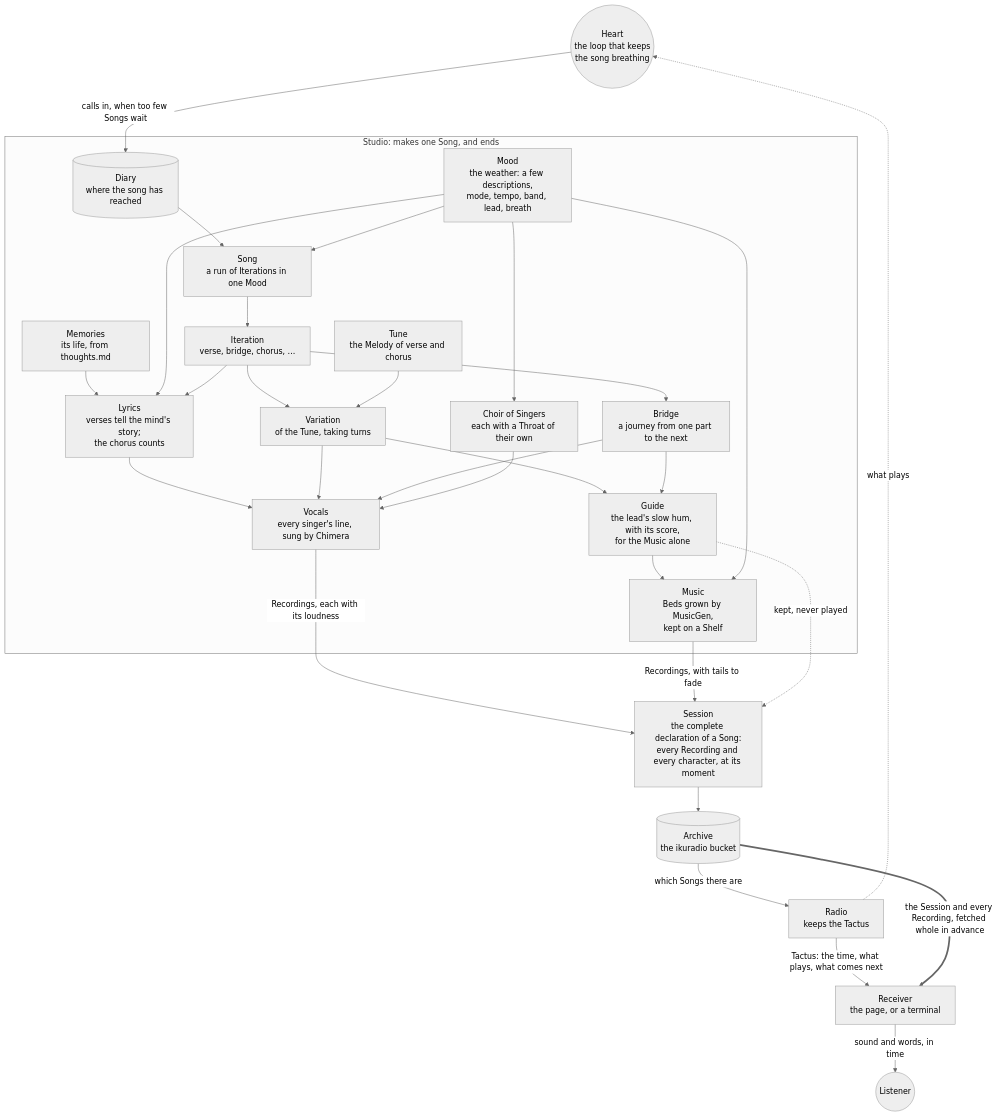
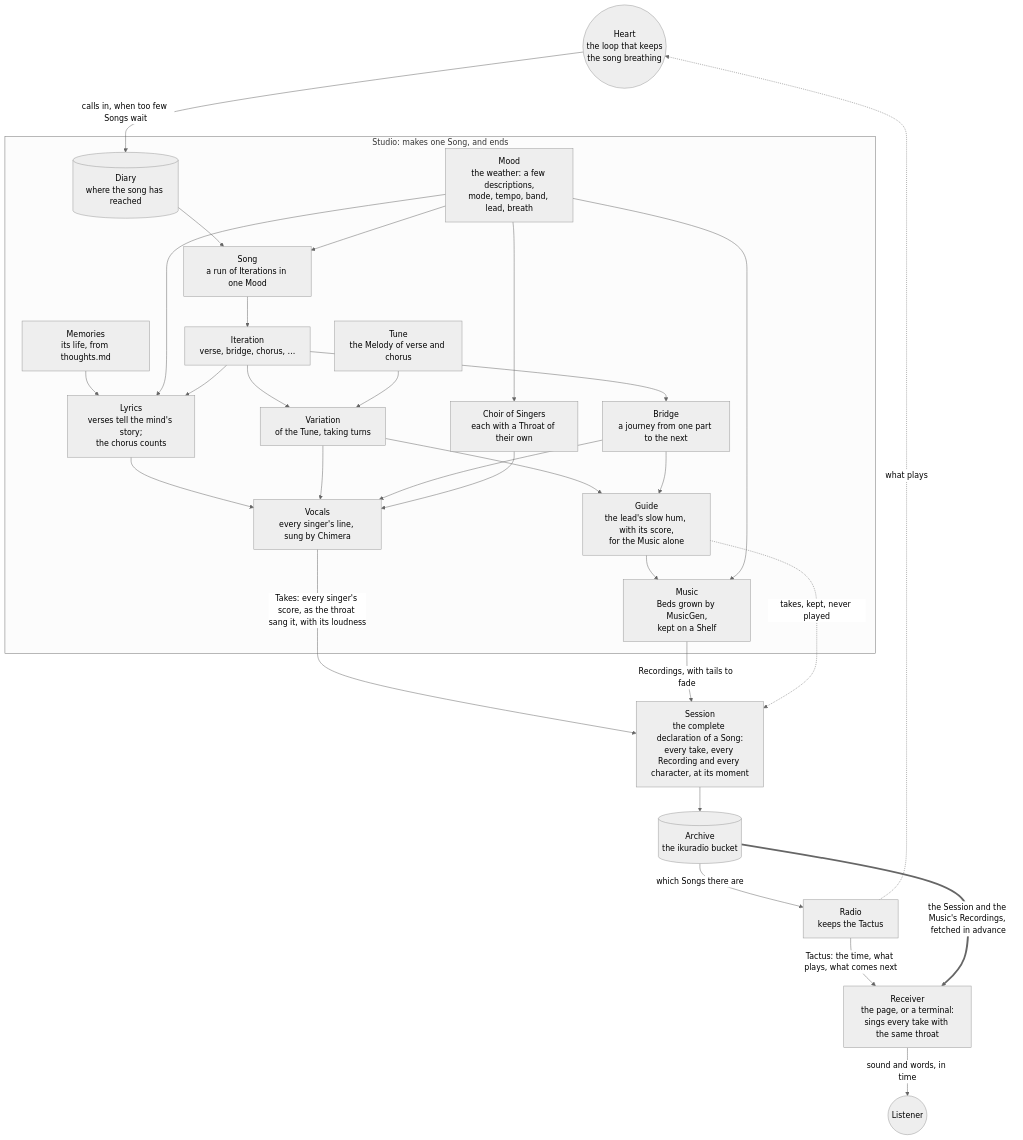
One commit to unkhz/ikuradio changed the diagram in README.md. Above: the diagram before and after it, drawn with Mermaid (neutral theme). The commit also changed other lines of this file and 6 other files, not shown here.

First line of the commit message:
Let every Receiver sing its Songs

````diff
--- a/README.md
+++ b/README.md
@@ -23,53 +23,53 @@
 ```mermaid
 flowchart TD
   Heart(("Heart<br/>the loop that keeps<br/>the song breathing"))
   Heart -- "calls in, when too few Songs wait" --> Diary
   Radio -. "what plays" .-> Heart
 
   subgraph Studio["Studio: makes one Song, and ends"]
     Diary[("Diary<br/>where the song has reached")]
     Memories["Memories<br/>its life, from thoughts.md"]
     Mood["Mood<br/>the weather: a few descriptions,<br/>mode, tempo, band, lead, breath"]
     Song["Song<br/>a run of Iterations in one Mood"]
     Iteration["Iteration<br/>verse, bridge, chorus, …"]
     Variation["Variation<br/>of the Tune, taking turns"]
     Tune["Tune<br/>the Melody of verse and chorus"]
     Lyrics["Lyrics<br/>verses tell the mind's story;<br/>the chorus counts"]
     Bridge["Bridge<br/>a journey from one part to the next"]
     Choir["Choir of Singers<br/>each with a Throat of their own"]
     Vocals["Vocals<br/>every singer's line, sung by Chimera"]
     Guide["Guide<br/>the lead's slow hum, with its score,<br/>for the Music alone"]
     Music["Music<br/>Beds grown by MusicGen,<br/>kept on a Shelf"]
 
     Diary --> Song
     Mood --> Song
     Song --> Iteration
     Iteration --> Variation
     Tune --> Variation
     Memories --> Lyrics
     Mood --> Lyrics
     Iteration --> Lyrics
     Iteration --> Bridge
     Mood --> Choir
     Lyrics --> Vocals
     Variation --> Vocals
     Bridge --> Vocals
     Choir --> Vocals
     Variation --> Guide
     Bridge --> Guide
     Guide --> Music
     Mood --> Music
   end
 
-  Vocals -- "Recordings, each with its loudness" --> Session
+  Vocals -- "Takes: every singer's score, as the throat sang it, with its loudness" --> Session
   Music -- "Recordings, with tails to fade" --> Session
-  Guide -. "kept, never played" .-> Session
+  Guide -. "takes, kept, never played" .-> Session
 
-  Session["Session<br/>the complete declaration of a Song:<br/>every Recording and every character, at its moment"]
+  Session["Session<br/>the complete declaration of a Song:<br/>every take, every Recording and every character, at its moment"]
   Session --> Archive[("Archive<br/>the ikuradio bucket")]
 
   Archive -- "which Songs there are" --> Radio["Radio<br/>keeps the Tactus"]
   Radio -- "Tactus: the time, what plays, what comes next" --> Receiver
-  Archive == "the Session and every Recording, fetched whole in advance" ==> Receiver
-  Receiver["Receiver<br/>the page, or a terminal"] -- "sound and words, in time" --> Listener(("Listener"))
+  Archive == "the Session and the Music's Recordings, fetched in advance" ==> Receiver
+  Receiver["Receiver<br/>the page, or a terminal:<br/>sings every take with the same throat"] -- "sound and words, in time" --> Listener(("Listener"))
 ```
````
